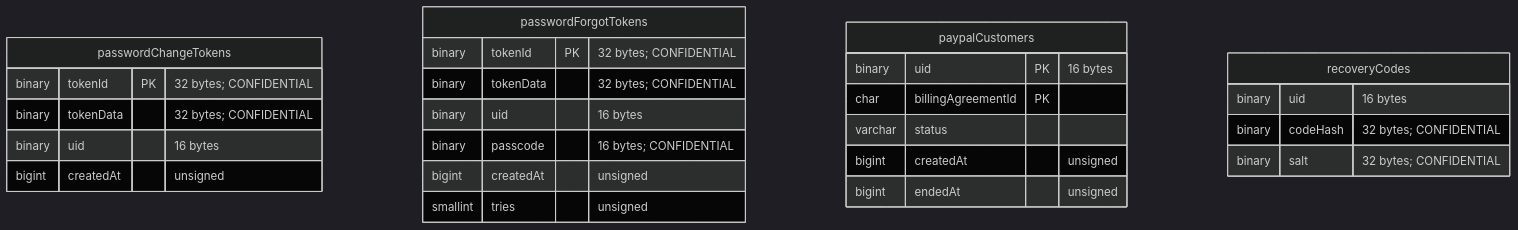
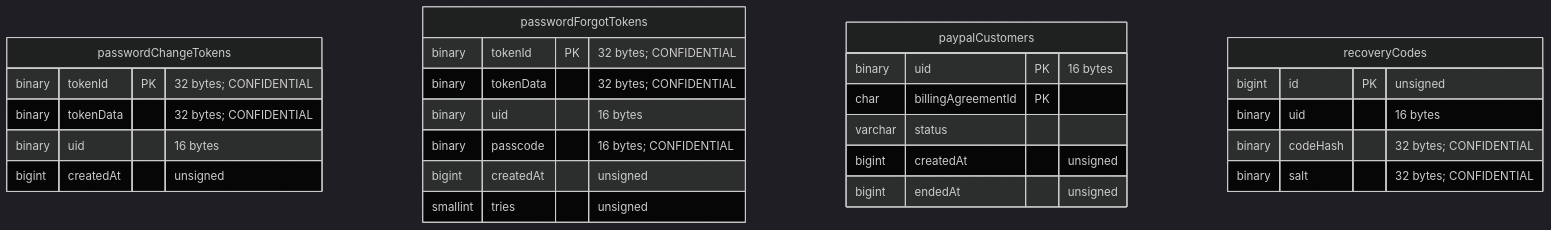
One commit to mozilla/ecosystem-platform changed the fourth of 10 diagrams in docs/reference/database-structure.md. Above: the diagram before and after it, drawn with Mermaid (dark theme). The commit also changed other lines of this file, not shown here.

````diff
--- a/docs/reference/database-structure.md
+++ b/docs/reference/database-structure.md
@@ -133,29 +133,30 @@
 ```mermaid
 erDiagram
     passwordChangeTokens {
         binary tokenId PK "32 bytes; CONFIDENTIAL"
         binary tokenData "32 bytes; CONFIDENTIAL"
         binary uid "16 bytes"
         bigint createdAt "unsigned"
     }
     passwordForgotTokens {
         binary tokenId PK "32 bytes; CONFIDENTIAL"
         binary tokenData "32 bytes; CONFIDENTIAL"
         binary uid "16 bytes"
         binary passcode "16 bytes; CONFIDENTIAL"
         bigint createdAt "unsigned"
         smallint tries "unsigned"
     }
     paypalCustomers {
         binary uid PK "16 bytes"
         char billingAgreementId PK
         varchar status
         bigint createdAt "unsigned"
         bigint endedAt "unsigned"
     }
     recoveryCodes {
+        bigint id PK "unsigned"
         binary uid "16 bytes"
         binary codeHash "32 bytes; CONFIDENTIAL"
         binary salt "32 bytes; CONFIDENTIAL"
     }
 ```
````
